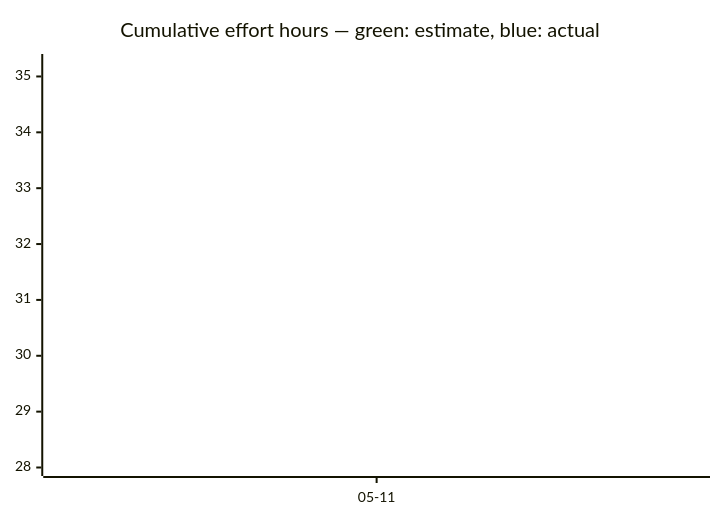
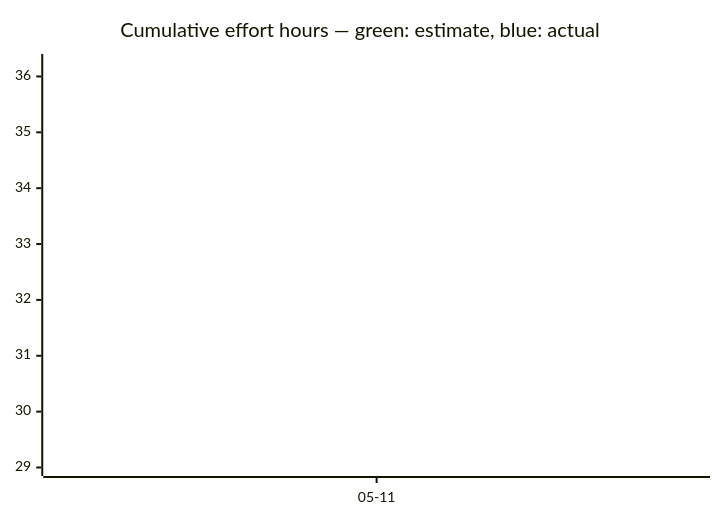
Before and after one commit to tgd1975/AwesomeGuitarPedal: the third of 3 diagrams in docs/developers/tasks/OVERVIEW.md, drawn with Mermaid. The commit also changed other lines of this file and 10 other files, not shown here.

````diff
--- a/docs/developers/tasks/OVERVIEW.md
+++ b/docs/developers/tasks/OVERVIEW.md
@@ -40,7 +40,7 @@
 ```mermaid
 xychart-beta
     title "Cumulative effort hours — green: estimate, blue: actual"
     x-axis ["05-11"]
-    line [28]
-    line [35.25]
+    line [29]
+    line [36.25]
 ```
````
